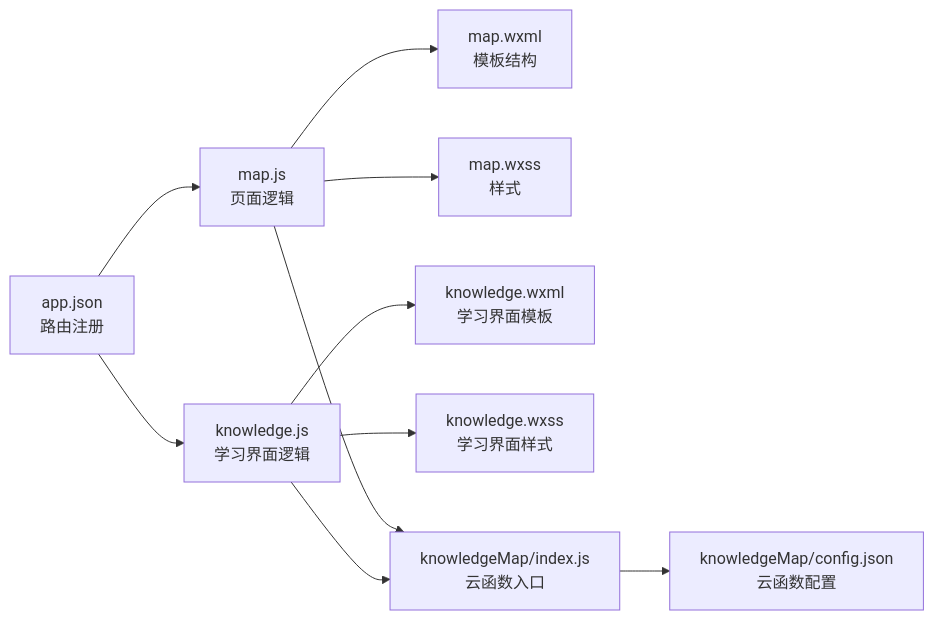
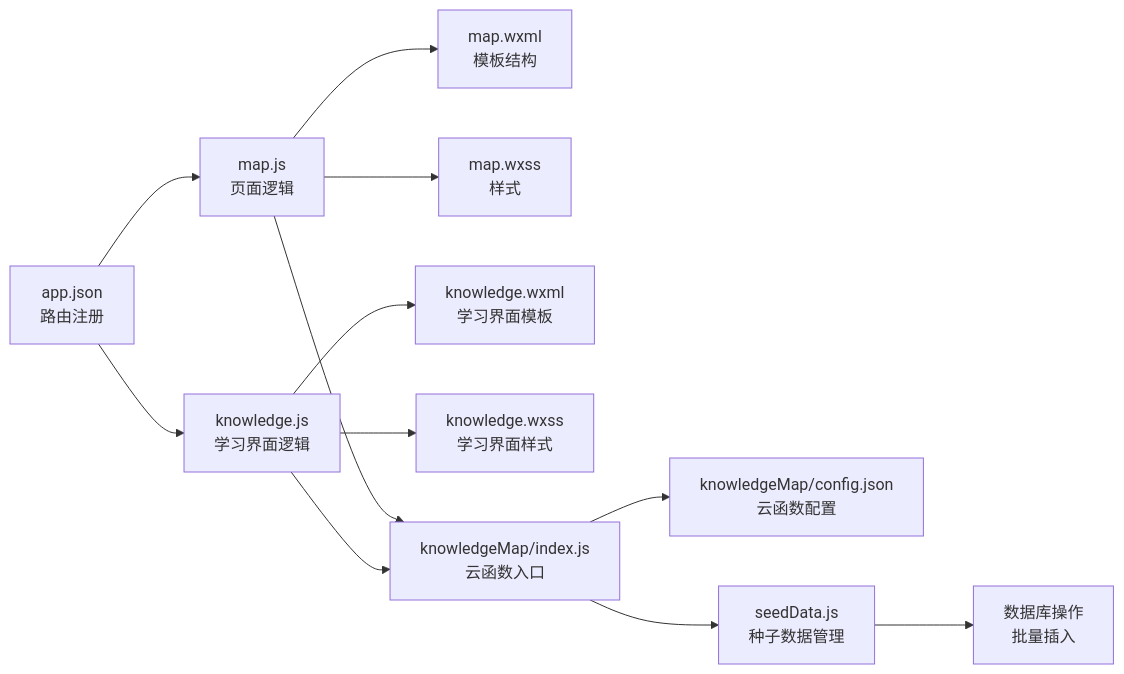
Before and after one commit to cwb7756/bio: the fourth of 4 diagrams in .qoder/repowiki/zh/content/核心功能模块/知识图谱系统/知识图谱系统.md, drawn with Mermaid. The commit also changed other lines of this file and 35 other files, not shown here.

````diff
--- a/.qoder/repowiki/zh/content/核心功能模块/知识图谱系统/知识图谱系统.md
+++ b/.qoder/repowiki/zh/content/核心功能模块/知识图谱系统/知识图谱系统.md
@@ -344,12 +394,14 @@
 ```mermaid
 graph LR
 APP_JSON["app.json<br/>路由注册"] --> MAP_JS["map.js<br/>页面逻辑"]
 APP_JSON --> KNOWLEDGE_JS["knowledge.js<br/>学习界面逻辑"]
 MAP_JS --> MAP_WXML["map.wxml<br/>模板结构"]
 MAP_JS --> MAP_WXSS["map.wxss<br/>样式"]
 KNOWLEDGE_JS --> KNOWLEDGE_WXML["knowledge.wxml<br/>学习界面模板"]
 KNOWLEDGE_JS --> KNOWLEDGE_WXSS["knowledge.wxss<br/>学习界面样式"]
 MAP_JS --> KM_INDEX["knowledgeMap/index.js<br/>云函数入口"]
 KNOWLEDGE_JS --> KM_INDEX
 KM_INDEX --> KM_CONFIG["knowledgeMap/config.json<br/>云函数配置"]
+KM_INDEX --> SEED_DATA["seedData.js<br/>种子数据管理"]
+SEED_DATA --> DB_OPERATIONS["数据库操作<br/>批量插入"]
 ```
````
